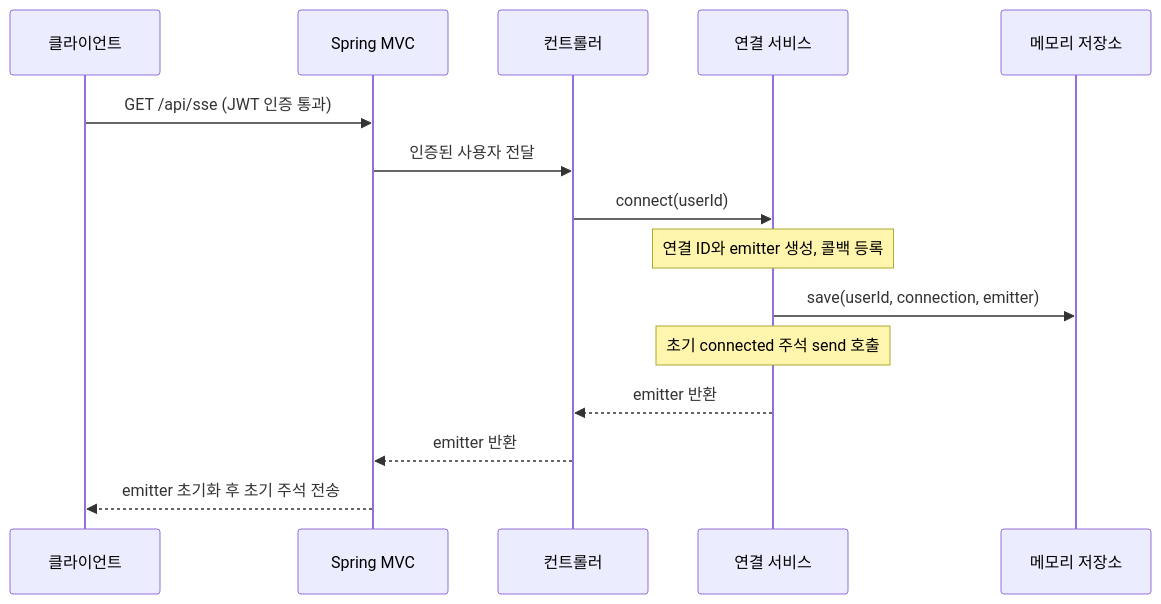
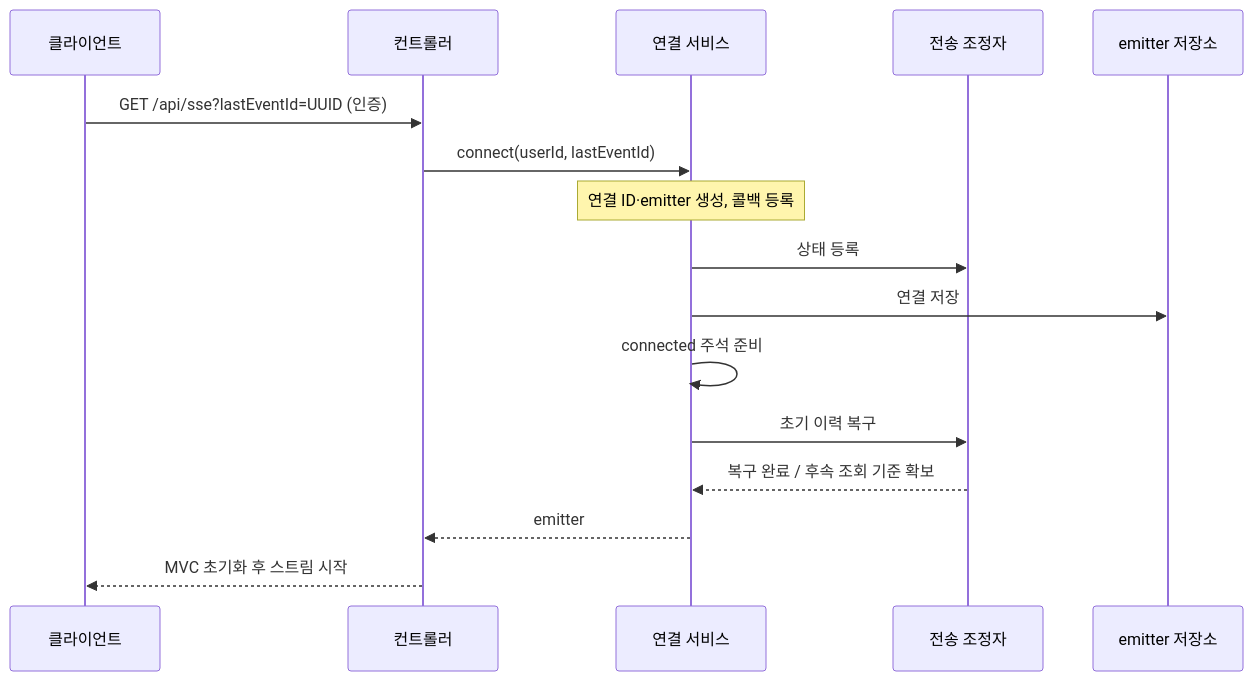
One commit to codeit-backend13-part4-team1/playlist_for_everyone changed the diagram in docs/sse/01-connection-lifecycle.md. Above: the diagram before and after it, drawn with Mermaid. The commit also changed other lines of this file and 47 other files, not shown here.

````diff
--- a/docs/sse/01-connection-lifecycle.md
+++ b/docs/sse/01-connection-lifecycle.md
@@ -21,17 +24,18 @@
 ```mermaid
 sequenceDiagram
-    participant Browser as 클라이언트
-    participant MVC as Spring MVC
-    participant Controller as 컨트롤러
-    participant Service as 연결 서비스
-    participant Repository as 메모리 저장소
-    Browser->>MVC: GET /api/sse (JWT 인증 통과)
-    MVC->>Controller: 인증된 사용자 전달
-    Controller->>Service: connect(userId)
-    Note over Service: 연결 ID와 emitter 생성, 콜백 등록
-    Service->>Repository: save(userId, connection, emitter)
-    Note over Service: 초기 connected 주석 send 호출
-    Service-->>Controller: emitter 반환
-    Controller-->>MVC: emitter 반환
-    MVC-->>Browser: emitter 초기화 후 초기 주석 전송
+    participant B as 클라이언트
+    participant C as 컨트롤러
+    participant S as 연결 서비스
+    participant D as 전송 조정자
+    participant R as emitter 저장소
+    B->>C: GET /api/sse?lastEventId=UUID (인증)
+    C->>S: connect(userId, lastEventId)
+    Note over S: 연결 ID·emitter 생성, 콜백 등록
+    S->>D: 상태 등록
+    S->>R: 연결 저장
+    S->>S: connected 주석 준비
+    S->>D: 초기 이력 복구
+    D-->>S: 복구 완료 / 후속 조회 기준 확보
+    S-->>C: emitter
+    C-->>B: MVC 초기화 후 스트림 시작
 ```
````
